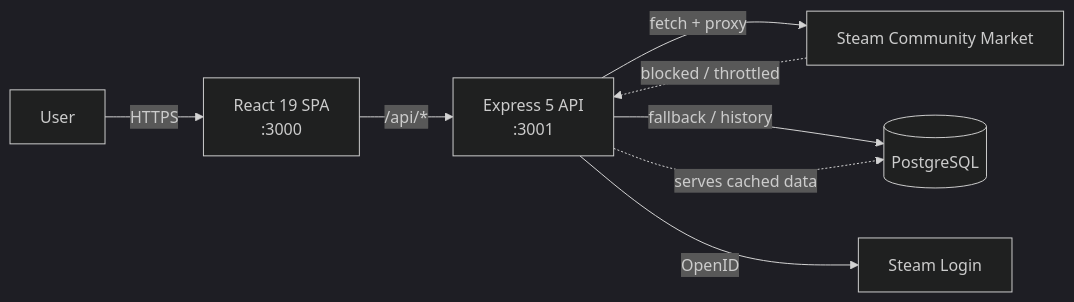
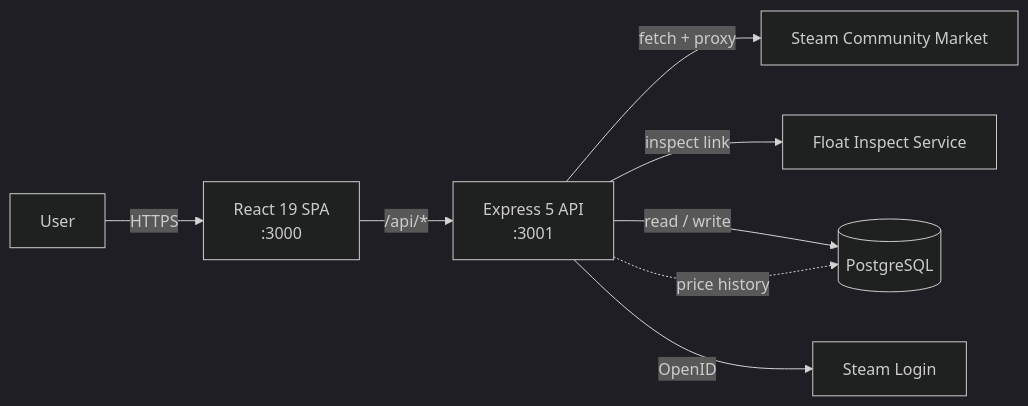
Before and after one commit to tiagoc211/SteamScraper: the diagram in README.md, drawn with Mermaid (dark theme). The commit also changed other lines of this file and 1 other file, not shown here.

````diff
--- a/README.md
+++ b/README.md
@@ -88,10 +88,10 @@
 ```mermaid
 flowchart LR
     U[User] -->|HTTPS| FE[React 19 SPA<br/>:3000]
     FE -->|/api/*| BE[Express 5 API<br/>:3001]
     BE -->|fetch + proxy| STEAM[Steam Community Market]
-    BE -->|fallback / history| DB[(PostgreSQL)]
+    BE -->|inspect link| FLOAT[Float Inspect Service]
+    BE -->|read / write| DB[(PostgreSQL)]
     BE -->|OpenID| STEAMID[Steam Login]
-    STEAM -. blocked / throttled .-> BE
-    BE -. serves cached data .-> DB
+    BE -. price history .-> DB
 ```
````
